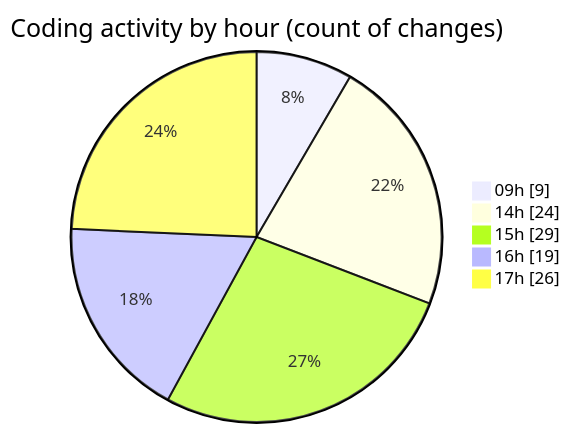
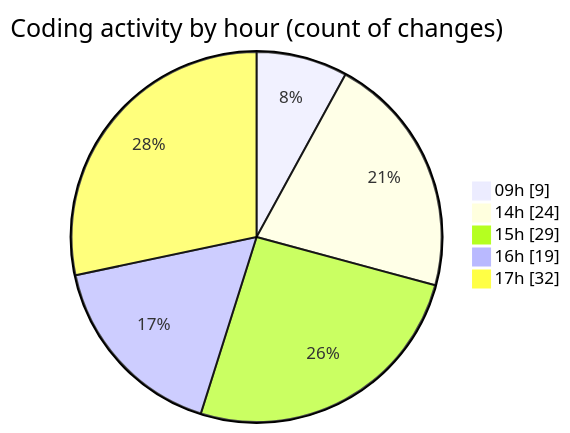
One commit to julien-gomy/code-tracking changed the second of 2 diagrams in 2025-11-25/eventscop-frontend-guide__workspace_/README.md. Above: the diagram before and after it, drawn with Mermaid. The commit also changed other lines of this file and 1 other file, not shown here.

````diff
--- a/2025-11-25/eventscop-frontend-guide__workspace_/README.md
+++ b/2025-11-25/eventscop-frontend-guide__workspace_/README.md
@@ -47,9 +47,9 @@
 ```mermaid
 pie showData
 title Coding activity by hour (count of changes)
 "09h" : 9
 "14h" : 24
 "15h" : 29
 "16h" : 19
-"17h" : 26
+"17h" : 32
 ```
````
